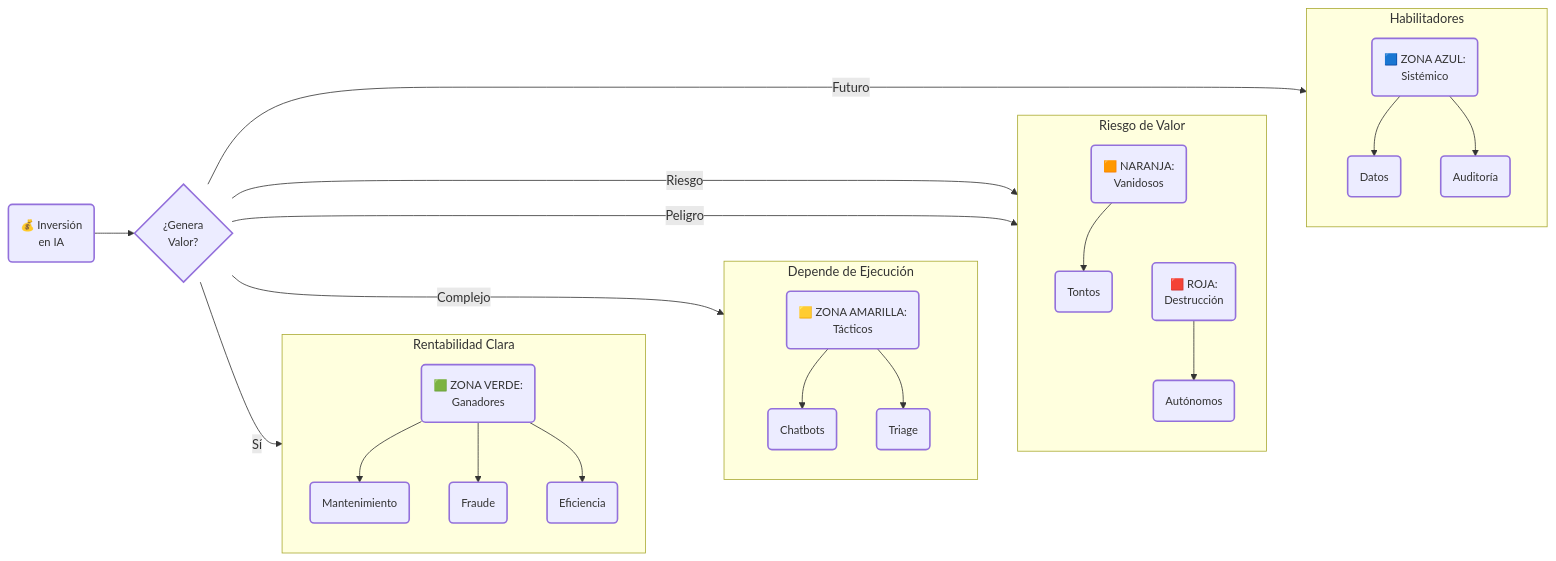
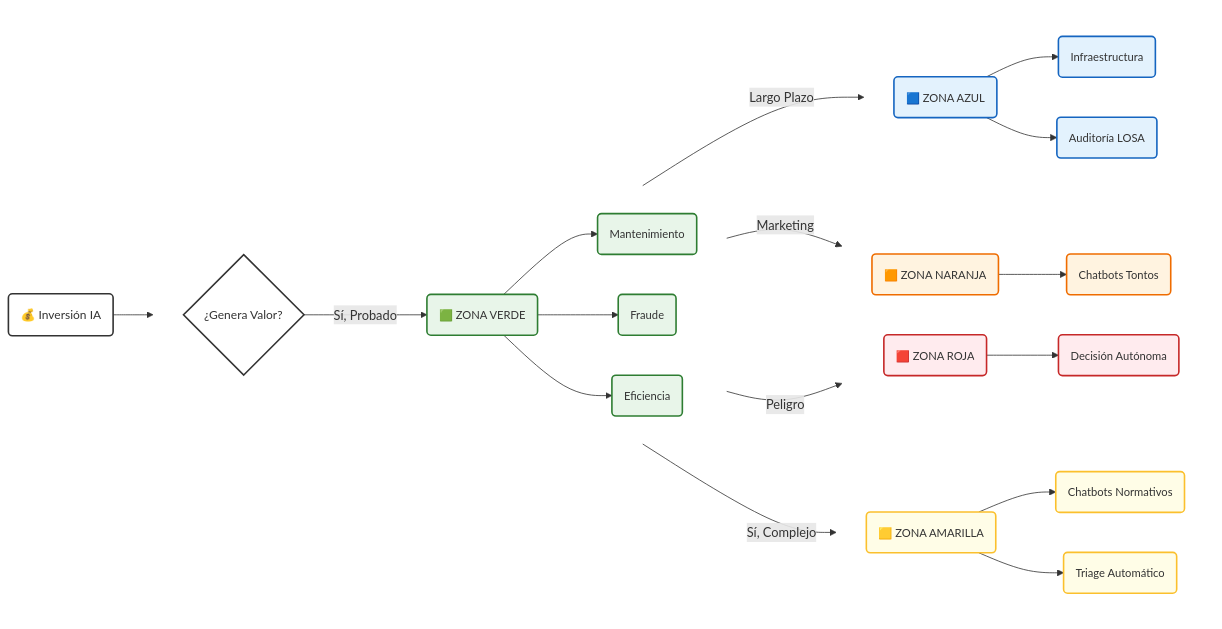
The diagram in docs/guias/12-ROI-Financiero.md (jccarvajal/Arquitectura-IA), drawn with Mermaid before and after one commit.

````diff
--- a/docs/guias/12-ROI-Financiero.md
+++ b/docs/guias/12-ROI-Financiero.md
@@ -15,48 +15,62 @@
 ```mermaid
 graph LR
-    %% CONFIGURACIÓN MAESTRA (Estilo limpio)
-    classDef default font-size:14px,stroke-width:2px;
+    %% 1. ESTILOS (Solo tamaño de fuente, sin forzar color de texto)
+    classDef base fill:#fff,stroke:#333,stroke-width:2px,font-size:15px;
+    classDef green fill:#e8f5e9,stroke:#2e7d32,stroke-width:2px,font-size:14px;
+    classDef yellow fill:#fffde7,stroke:#fbc02d,stroke-width:2px,font-size:14px;
+    classDef orange fill:#fff3e0,stroke:#ef6c00,stroke-width:2px,font-size:14px;
+    classDef red fill:#ffebee,stroke:#c62828,stroke-width:2px,font-size:14px;
+    classDef blue fill:#e3f2fd,stroke:#1565c0,stroke-width:2px,font-size:14px;
 
-    Invest(💰 Inversión<br/>en IA) --> Evaluacion{¿Genera<br/>Valor?}
+    %% 2. NODO PRINCIPAL
+    Invest(💰 Inversión IA) --> Evaluacion{¿Genera Valor?}
+    class Invest,Evaluacion base;
 
-    %% ZONA VERDE
-    Evaluacion -->|Sí| Green(🟩 ZONA VERDE:<br/>Ganadores)
-    subgraph Z_Green [Rentabilidad Clara]
-        direction TB
+    %% 3. GRUPOS INVISIBLES (Para ordenar sin mostrar cajas feas)
+
+    %% --- VERDE (ARRIBA) ---
+    subgraph G_Green [ ]
+        direction LR
+        Evaluacion -->|Sí, Probado| Green(🟩 ZONA VERDE)
         Green --> G1(Mantenimiento)
         Green --> G2(Fraude)
         Green --> G3(Eficiencia)
     end
+    class Green,G1,G2,G3 green;
 
-    %% ZONA AMARILLA
-    Evaluacion -->|Complejo| Yellow(🟨 ZONA AMARILLA:<br/>Tácticos)
-    subgraph Z_Yellow [Depende de Ejecución]
-        direction TB
-        Yellow --> Y1(Chatbots)
-        Yellow --> Y2(Triage)
+    %% --- AMARILLO (MEDIO) ---
+    subgraph G_Yellow [ ]
+        direction LR
+        Evaluacion -->|Sí, Complejo| Yellow(🟨 ZONA AMARILLA)
+        Yellow --> Y1(Chatbots Normativos)
+        Yellow --> Y2(Triage Automático)
     end
+    class Yellow,Y1,Y2 yellow;
 
-    %% ZONA RIESGO (NARANJA + ROJA)
-    Evaluacion -->|Riesgo| Orange(🟧 NARANJA:<br/>Vanidosos)
-    Evaluacion -->|Peligro| Red(🟥 ROJA:<br/>Destrucción)
-    subgraph Z_Risk [Riesgo de Valor]
-        direction TB
-        Orange --> O1(Tontos)
-        Red --> R1(Autónomos)
+    %% --- RIESGO (ABAJO) ---
+    subgraph G_Risk [ ]
+        direction LR
+        Evaluacion -->|Marketing| Orange(🟧 ZONA NARANJA)
+        Evaluacion -->|Peligro| Red(🟥 ZONA ROJA)
+        
+        Orange --> O1(Chatbots Tontos)
+        Red --> R1(Decisión Autónoma)
     end
+    class Orange,O1 orange;
+    class Red,R1 red;
 
-    %% ZONA AZUL
-    Evaluacion -->|Futuro| Blue(🟦 ZONA AZUL:<br/>Sistémico)
-    subgraph Z_Blue [Habilitadores]
-        direction TB
-        Blue --> B1(Datos)
-        Blue --> B2(Auditoría)
+    %% --- AZUL (FONDO) ---
+    subgraph G_Blue [ ]
+        direction LR
+        Evaluacion -->|Largo Plazo| Blue(🟦 ZONA AZUL)
+        Blue --> B1(Infraestructura)
+        Blue --> B2(Auditoría LOSA)
     end
+    class Blue,B1,B2 blue;
 
-    %% --- TRUCO DE ORDENAMIENTO (ENLACES INVISIBLES) ---
-    %% Esto obliga a Mermaid a apilar las zonas de arriba a abajo
-    Green ~~~ Yellow
-    Yellow ~~~ Orange
-    Orange ~~~ Red
-    Red ~~~ Blue
+    %% 4. TRUCO DE INVISIBILIDAD (Elimina bordes y fondos de los grupos)
+    style G_Green fill:none,stroke:none
+    style G_Yellow fill:none,stroke:none
+    style G_Risk fill:none,stroke:none
+    style G_Blue fill:none,stroke:none
 ```
````
